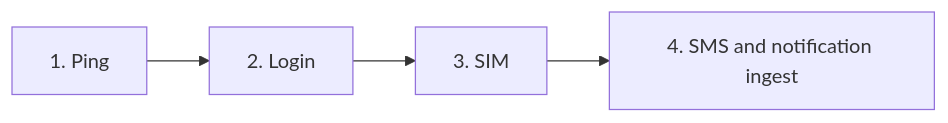
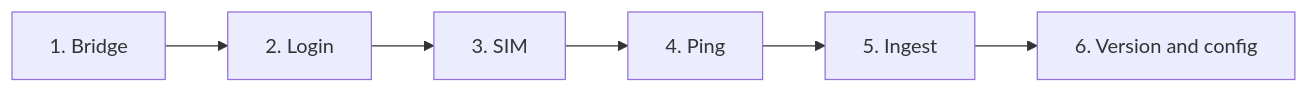
The diagram in plans-next-architecture/01-principles.md (ryenguyen7411/jms-docs), drawn with Mermaid before and after one commit. The commit also changed other lines of this file and 12 other files, not shown here.

````diff
--- a/plans-next-architecture/01-principles.md
+++ b/plans-next-architecture/01-principles.md
@@ -9,4 +9,4 @@
 ```mermaid
 flowchart LR
-    P["1. Ping"] --> L["2. Login"] --> S["3. SIM"] --> I["4. SMS and notification ingest"]
+    B["1. Bridge"] --> L["2. Login"] --> S["3. SIM"] --> P["4. Ping"] --> I["5. Ingest"] --> V["6. Version and config"]
 ```
````
